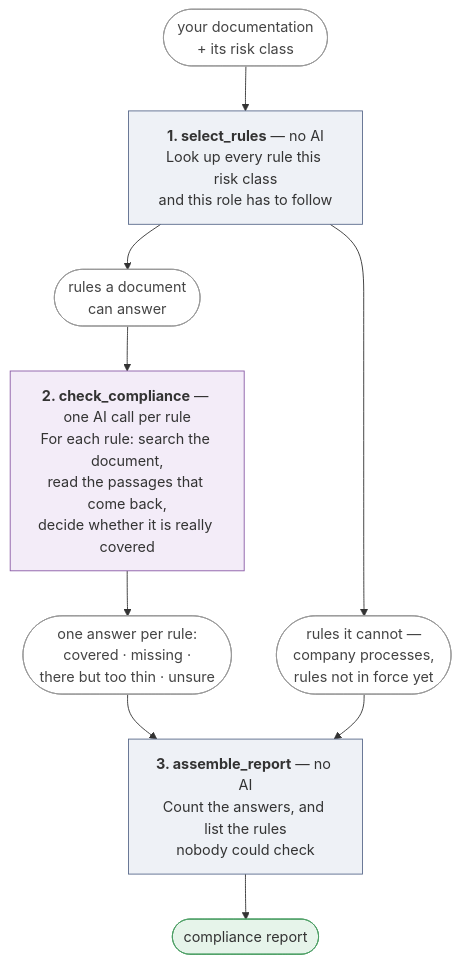
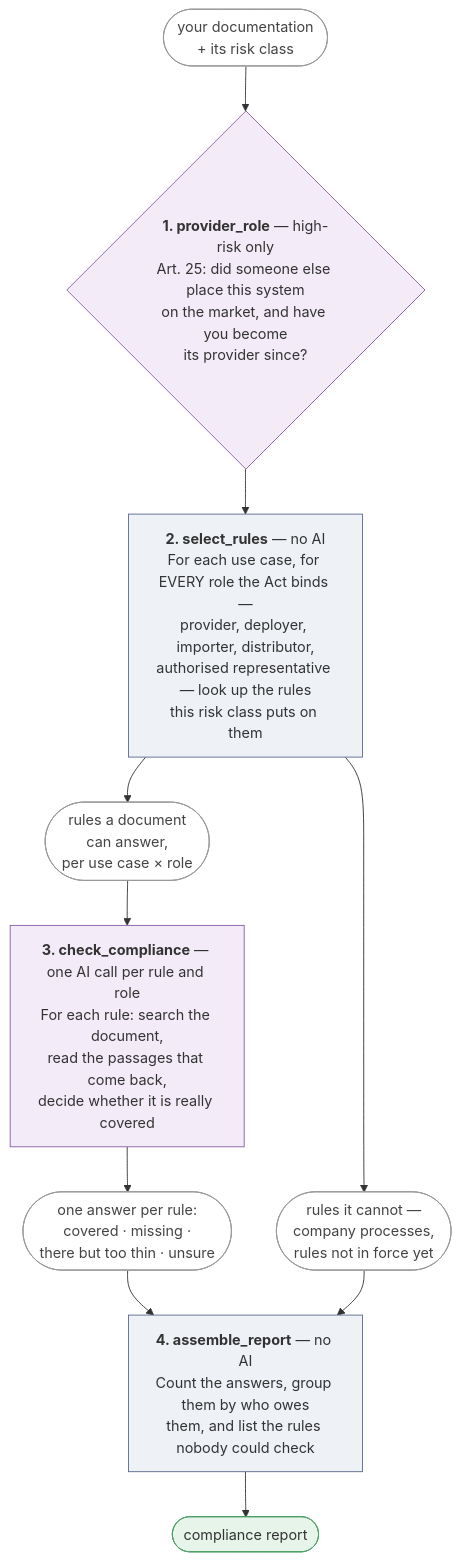
One commit to vidibro/ai-act-compliance-agent changed the second of 2 diagrams in README.md. Above: the diagram before and after it, drawn with Mermaid. The commit also changed other lines of this file and 2 other files, not shown here.

Commit message:
Record Art. 25 in the ledger, the roadmap and the gap-analysis diagram

````diff
--- a/README.md
+++ b/README.md
@@ -251,20 +250,23 @@
 ```mermaid
 flowchart TD
-    IN([your documentation<br/>+ its risk class]):::data --> SEL
+    IN([your documentation<br/>+ its risk class]):::data --> A25
 
-    SEL["<b>1. select_rules</b> — no AI<br/>Look up every rule this risk class<br/>and this role has to follow"]:::code
-    SEL --> CAN([rules a document<br/>can answer]):::data
+    A25{"<b>1. provider_role</b> — high-risk only<br/>Art. 25: did someone else place this system<br/>on the market, and have you become<br/>its provider since?"}:::model
+    A25 --> SEL
+
+    SEL["<b>2. select_rules</b> — no AI<br/>For each use case, for EVERY role the Act binds —<br/>provider, deployer, importer, distributor,<br/>authorised representative — look up the rules<br/>this risk class puts on them"]:::code
+    SEL --> CAN([rules a document<br/>can answer,<br/>per use case × role]):::data
     SEL --> CANT([rules it cannot —<br/>company processes,<br/>rules not in force yet]):::data
 
-    CAN --> JUD["<b>2. check_compliance</b> — one AI call per rule<br/>For each rule: search the document,<br/>read the passages that come back,<br/>decide whether it is really covered"]:::model
+    CAN --> JUD["<b>3. check_compliance</b> — one AI call per rule and role<br/>For each rule: search the document,<br/>read the passages that come back,<br/>decide whether it is really covered"]:::model
     JUD --> V([one answer per rule:<br/>covered · missing ·<br/>there but too thin · unsure]):::data
 
-    V --> ASM["<b>3. assemble_report</b> — no AI<br/>Count the answers, and list the rules<br/>nobody could check"]:::code
+    V --> ASM["<b>4. assemble_report</b> — no AI<br/>Count the answers, group them by who owes<br/>them, and list the rules nobody could check"]:::code
     CANT --> ASM
     ASM --> OUT([compliance report]):::ok
 
     classDef code fill:#eef1f6,stroke:#5b6b8c
     classDef model fill:#f3ecf8,stroke:#8a5ba6
     classDef data fill:#fff,stroke:#999,color:#444
     classDef ok fill:#e6f4ea,stroke:#4a9d63
 ```
````
